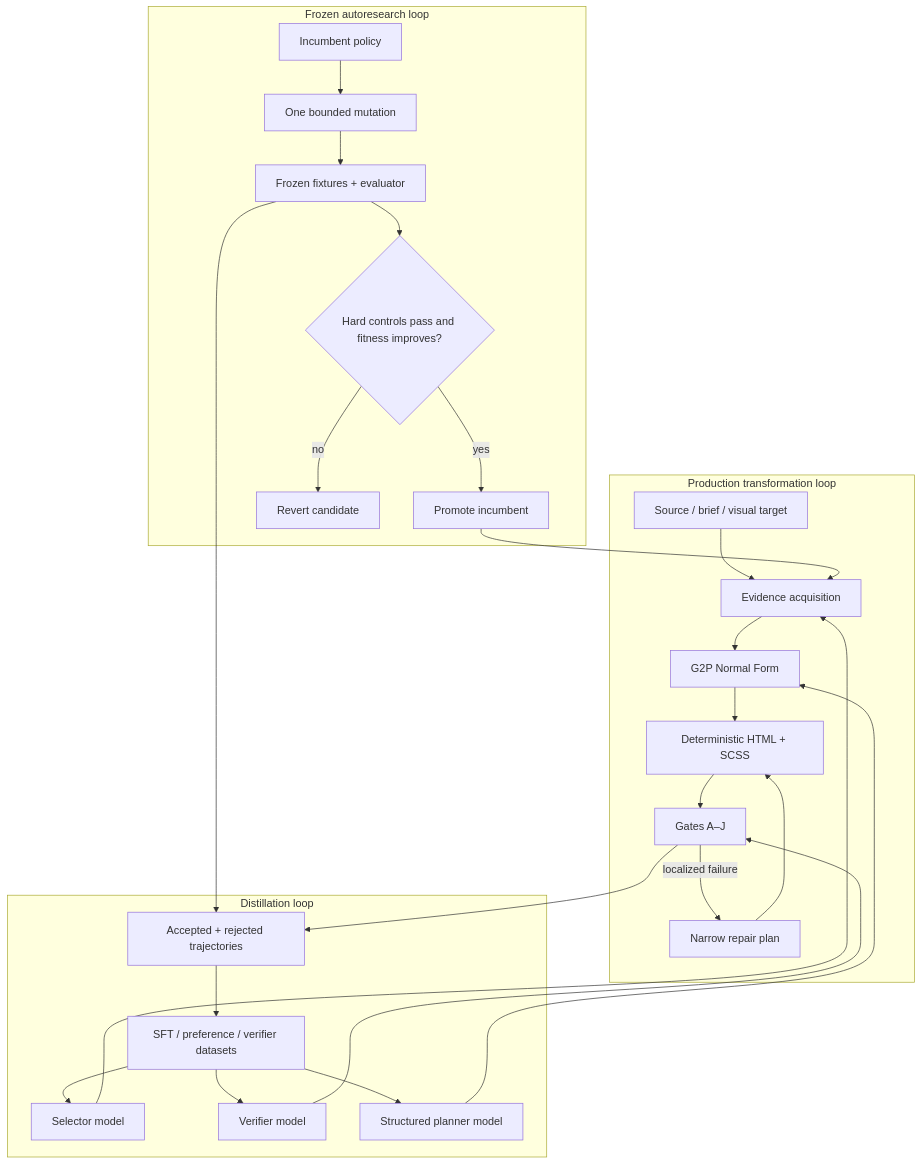
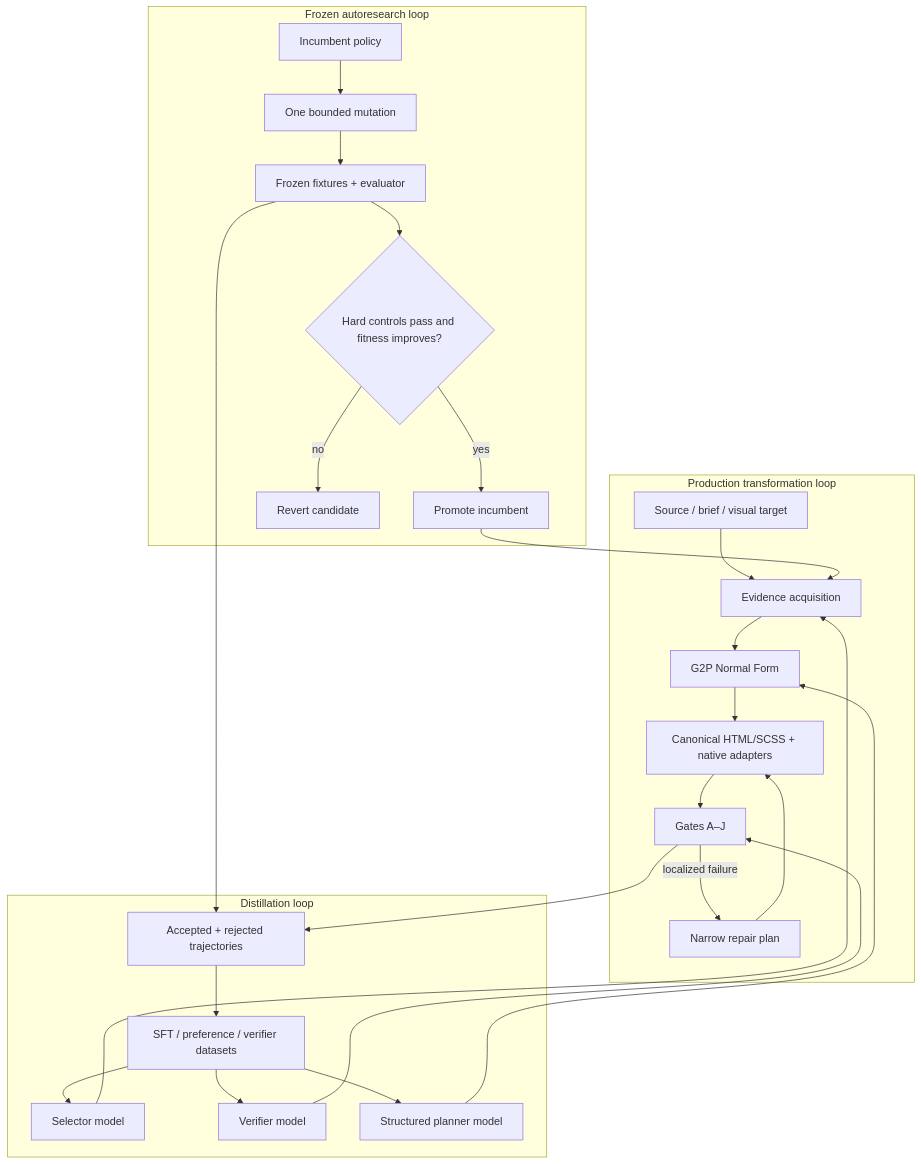
Before and after one commit to siraht/Gen2Prod: the diagram in README.md, drawn with Mermaid. The commit also changed other lines of this file and 7 other files, not shown here.

Commit message:
docs(adapters): document native output and research contracts

````diff
--- a/README.md
+++ b/README.md
@@ -207,33 +218,33 @@
 ```mermaid
 flowchart TD
   subgraph Production["Production transformation loop"]
     A["Source / brief / visual target"] --> B["Evidence acquisition"]
     B --> C["G2P Normal Form"]
-    C --> D["Deterministic HTML + SCSS"]
+    C --> D["Canonical HTML/SCSS + native adapters"]
     D --> E["Gates A–J"]
     E -->|localized failure| F["Narrow repair plan"]
     F --> D
   end
 
   subgraph Research["Frozen autoresearch loop"]
     P["Incumbent policy"] --> M["One bounded mutation"]
     M --> V["Frozen fixtures + evaluator"]
     V --> K{"Hard controls pass and fitness improves?"}
     K -->|yes| P2["Promote incumbent"]
     K -->|no| R["Revert candidate"]
   end
 
   subgraph Distillation["Distillation loop"]
     T["Accepted + rejected trajectories"] --> DS["SFT / preference / verifier datasets"]
     DS --> SM["Selector model"]
     DS --> VM["Verifier model"]
     DS --> PM["Structured planner model"]
   end
 
   E --> T
   V --> T
   P2 --> B
   SM --> B
   VM --> E
   PM --> C
 ```
````
